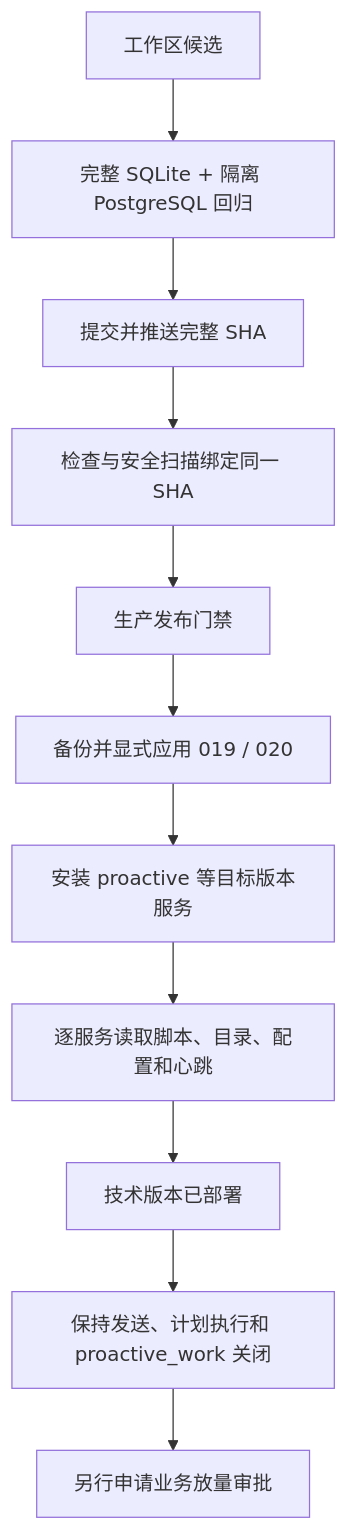
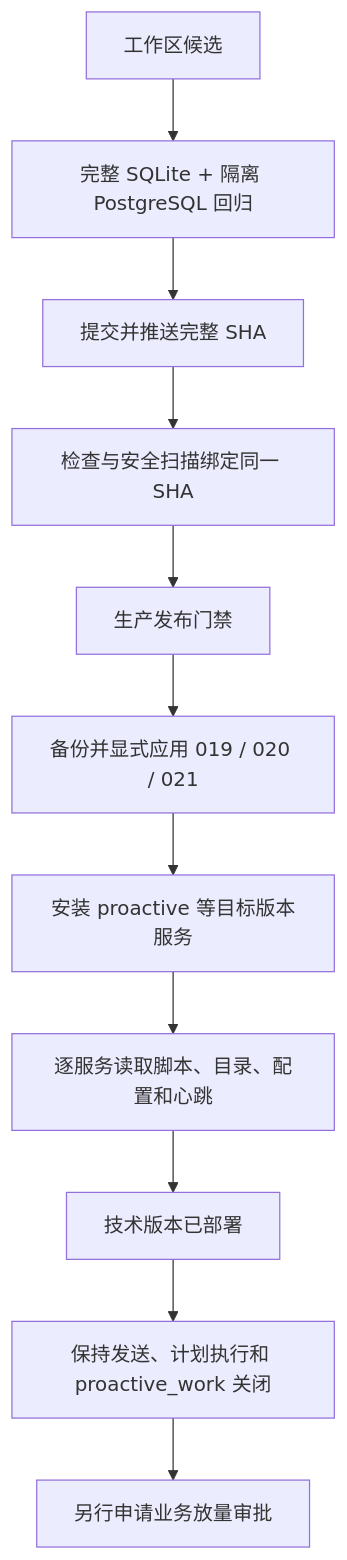
The third of 3 diagrams in docs/生产运维手册.md (ruiwang20010702/ai-employee), drawn with Mermaid before and after one commit. The commit also changed other lines of this file and 40 other files, not shown here.

Commit message:
feat: add governed work graph

````diff
--- a/docs/生产运维手册.md
+++ b/docs/生产运维手册.md
@@ -435,13 +435,13 @@
 ```mermaid
 flowchart TD
     A["工作区候选"] --> B["完整 SQLite + 隔离 PostgreSQL 回归"]
     B --> C["提交并推送完整 SHA"]
     C --> D["检查与安全扫描绑定同一 SHA"]
     D --> E["生产发布门禁"]
-    E --> F["备份并显式应用 019 / 020"]
+    E --> F["备份并显式应用 019 / 020 / 021"]
     F --> G["安装 proactive 等目标版本服务"]
     G --> H["逐服务读取脚本、目录、配置和心跳"]
     H --> I["技术版本已部署"]
     I --> J["保持发送、计划执行和 proactive_work 关闭"]
     J --> K["另行申请业务放量审批"]
 ```
````
